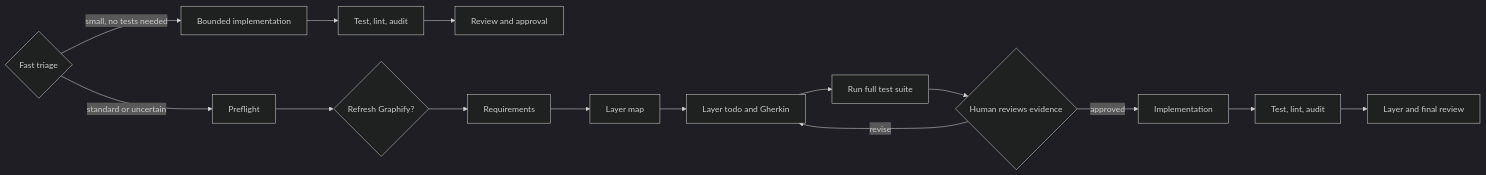
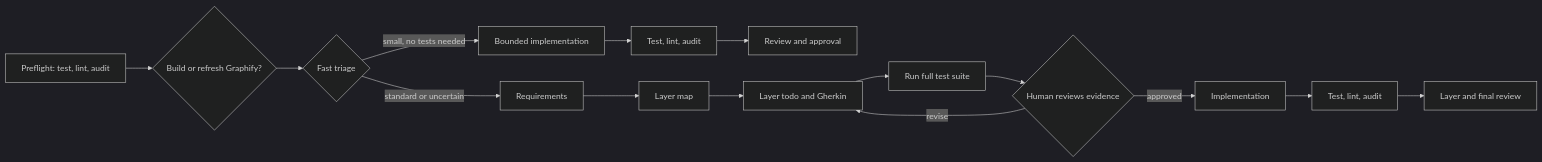
One commit to cdespona/conductor-layered-tdd changed the first of 2 diagrams in docs/guide.md. Above: the diagram before and after it, drawn with Mermaid (dark theme). The commit also changed other lines of this file and 6 other files, not shown here.

Commit message:
fix: run preflight before graphify and fast triage

````diff
--- a/docs/guide.md
+++ b/docs/guide.md
@@ -30,16 +30,16 @@
 ```mermaid
 flowchart LR
-    T{"Fast triage"} -->|"small, no tests needed"| FI["Bounded implementation"]
+    P["Preflight: test, lint, audit"] --> Graphify{"Build or refresh Graphify?"}
+    Graphify --> T{"Fast triage"}
+    T -->|"small, no tests needed"| FI["Bounded implementation"]
     FI --> FV["Test, lint, audit"] --> FR["Review and approval"]
-    T -->|"standard or uncertain"| P["Preflight"]
-    P --> Graphify{"Refresh Graphify?"}
-    Graphify --> R["Requirements"]
+    T -->|"standard or uncertain"| R["Requirements"]
     R --> M["Layer map"]
     M --> LT["Layer todo and Gherkin"]
     LT --> S["Run full test suite"]
     S --> ReviewGate{"Human reviews evidence"}
     ReviewGate -->|"approved"| I["Implementation"]
     ReviewGate -->|"revise"| LT
     I --> V["Test, lint, audit"]
     V --> F["Layer and final review"]
 ```
````
